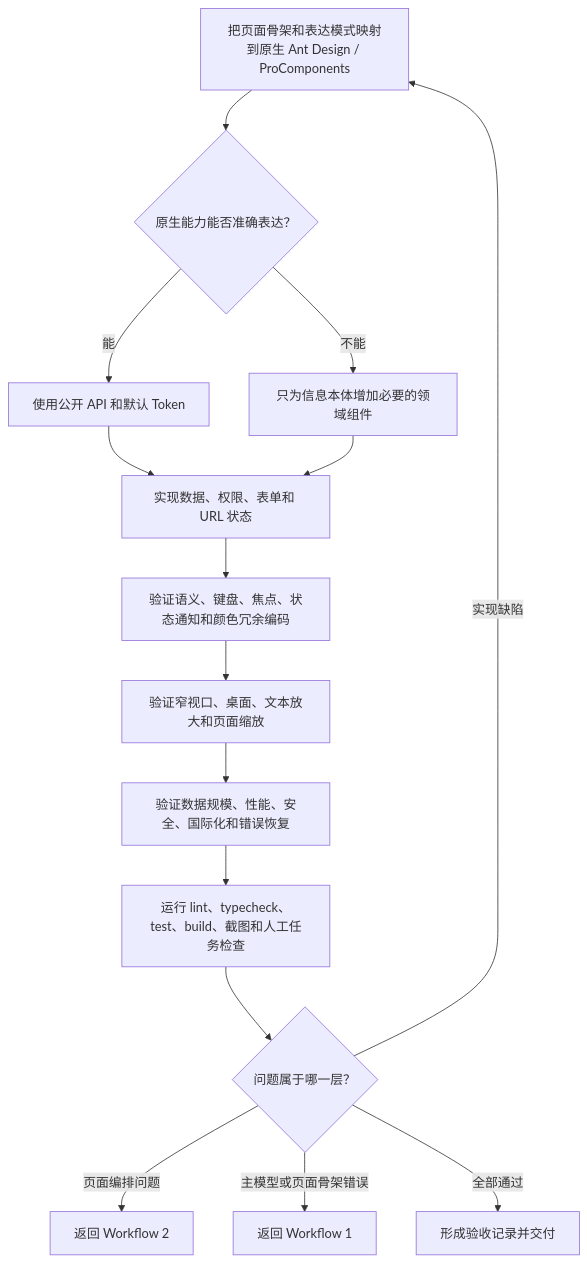
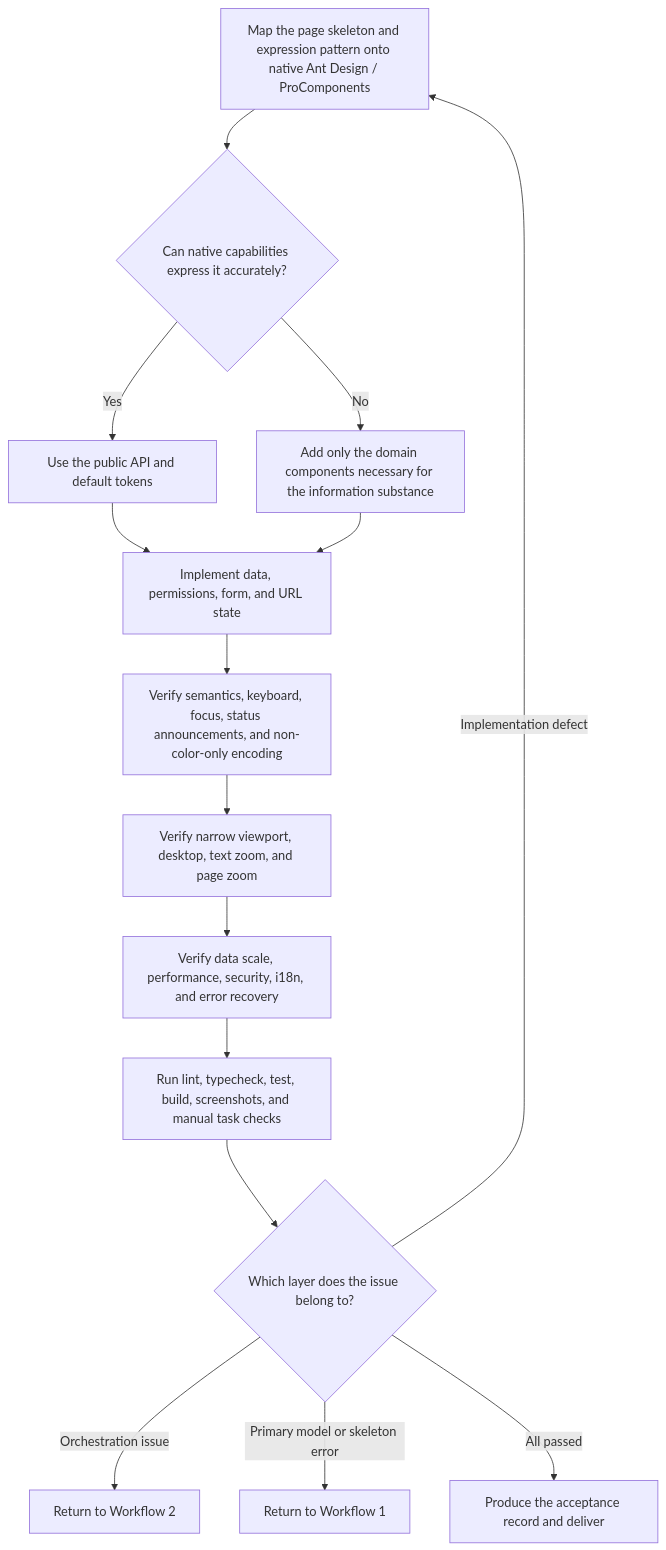
Before and after one commit to alswl/guides: the fourth of 4 diagrams in fe-page-guide-antd.md, drawn with Mermaid. The commit also changed other lines of this file and 58 other files, not shown here.

First line of the commit message:
docs: rebrand page guide as information-dense, translate to English, add runnable demo

````diff
--- a/fe-page-guide-antd.md
+++ b/fe-page-guide-antd.md
@@ -371,17 +401,17 @@
 ```mermaid
 flowchart TD
-    A[把页面骨架和表达模式映射到原生 Ant Design / ProComponents] --> B{原生能力能否准确表达？}
-    B -->|能| B1[使用公开 API 和默认 Token]
-    B -->|不能| B2[只为信息本体增加必要的领域组件]
-    B1 --> C[实现数据、权限、表单和 URL 状态]
+    A[Map the page skeleton and expression pattern onto native Ant Design / ProComponents] --> B{Can native capabilities express it accurately?}
+    B -->|Yes| B1[Use the public API and default tokens]
+    B -->|No| B2[Add only the domain components necessary for the information substance]
+    B1 --> C[Implement data, permissions, form, and URL state]
     B2 --> C
-    C --> D[验证语义、键盘、焦点、状态通知和颜色冗余编码]
-    D --> E[验证窄视口、桌面、文本放大和页面缩放]
-    E --> F[验证数据规模、性能、安全、国际化和错误恢复]
-    F --> G[运行 lint、typecheck、test、build、截图和人工任务检查]
-    G --> H{问题属于哪一层？}
-    H -->|实现缺陷| A
-    H -->|页面编排问题| I[返回 Workflow 2]
-    H -->|主模型或页面骨架错误| J[返回 Workflow 1]
-    H -->|全部通过| K[形成验收记录并交付]
+    C --> D[Verify semantics, keyboard, focus, status announcements, and non-color-only encoding]
+    D --> E[Verify narrow viewport, desktop, text zoom, and page zoom]
+    E --> F[Verify data scale, performance, security, i18n, and error recovery]
+    F --> G[Run lint, typecheck, test, build, screenshots, and manual task checks]
+    G --> H{Which layer does the issue belong to?}
+    H -->|Implementation defect| A
+    H -->|Orchestration issue| I[Return to Workflow 2]
+    H -->|Primary model or skeleton error| J[Return to Workflow 1]
+    H -->|All passed| K[Produce the acceptance record and deliver]
 ```
````
